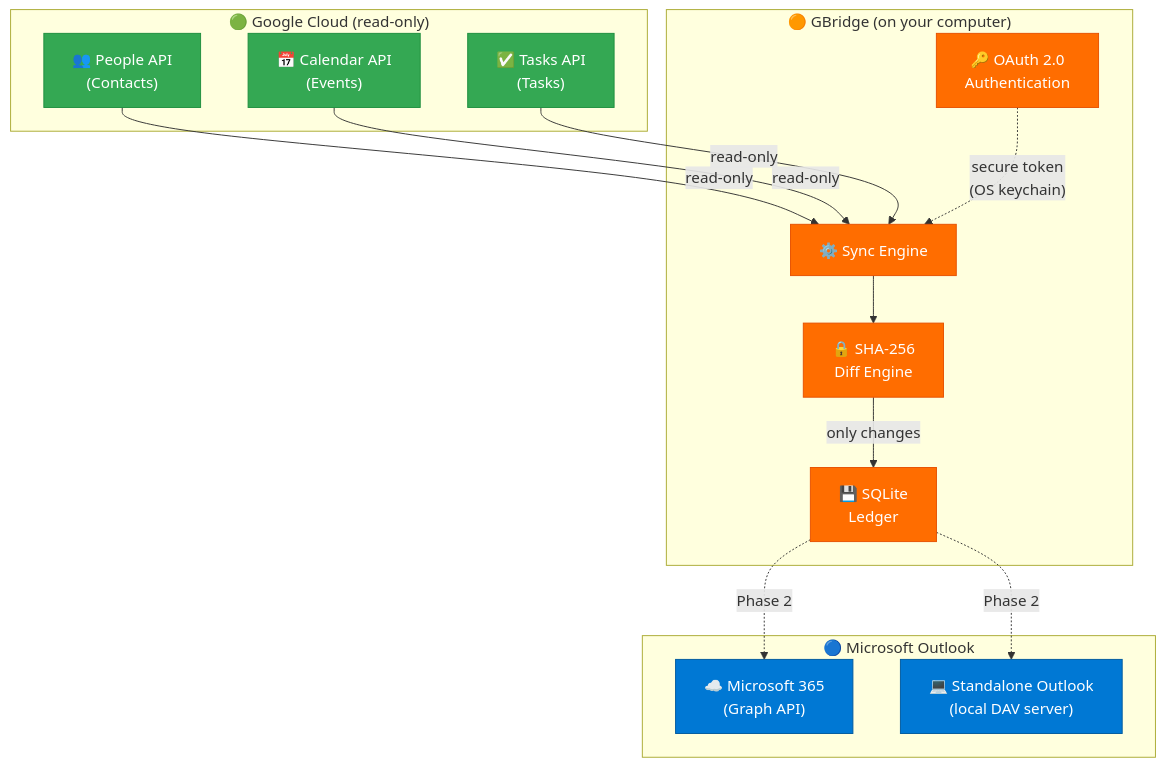
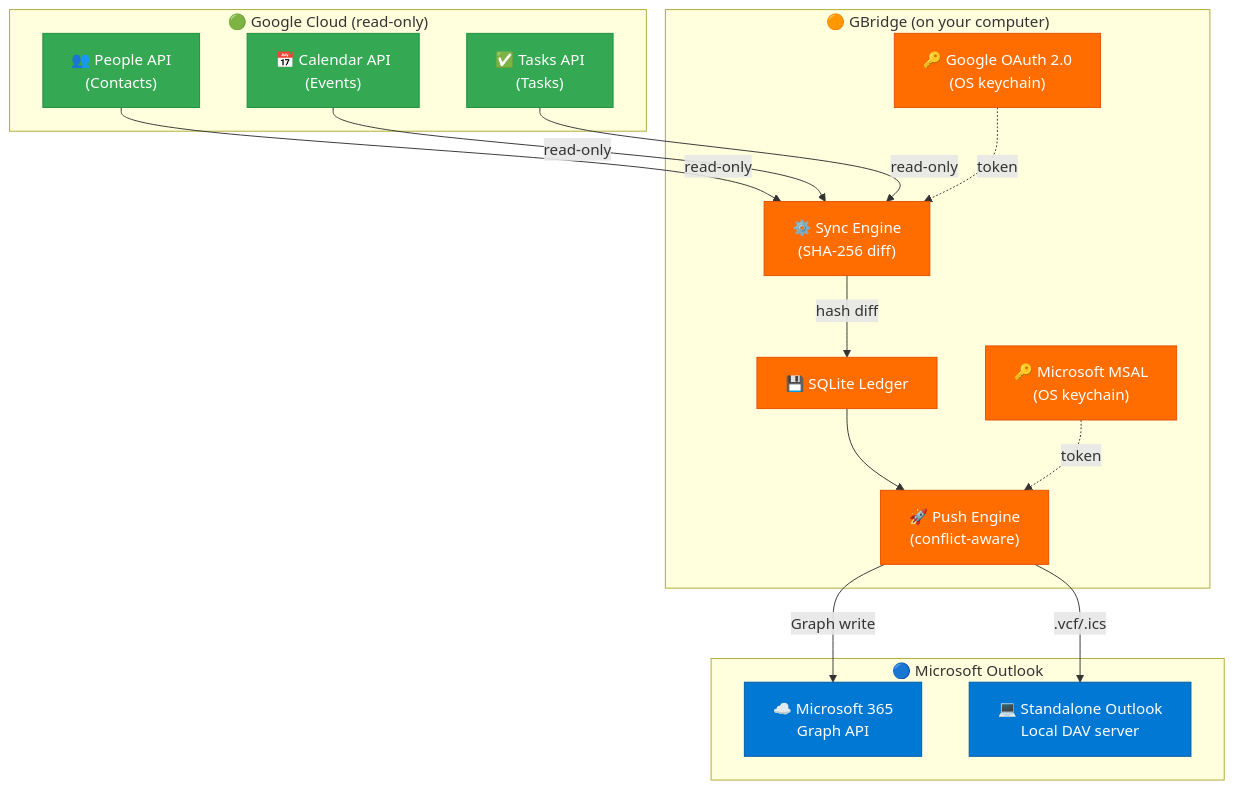
One commit to amitrintzler/GBridge changed the third of 4 diagrams in README.md. Above: the diagram before and after it, drawn with Mermaid. The commit also changed other lines of this file, not shown here.

````diff
--- a/README.md
+++ b/README.md
@@ -214,39 +179,42 @@
 ```mermaid
 graph TD
     subgraph "🟢 Google Cloud (read-only)"
         P["👥 People API\n(Contacts)"]
         C["📅 Calendar API\n(Events)"]
         T["✅ Tasks API\n(Tasks)"]
     end
 
     subgraph "🟠 GBridge (on your computer)"
-        A["🔑 OAuth 2.0\nAuthentication"]
-        E["⚙️ Sync Engine"]
-        H["🔒 SHA-256\nDiff Engine"]
-        L["💾 SQLite\nLedger"]
+        GA["🔑 Google OAuth 2.0\n(OS keychain)"]
+        E["⚙️ Sync Engine\n(SHA-256 diff)"]
+        L["💾 SQLite Ledger"]
+        PU["🚀 Push Engine\n(conflict-aware)"]
+        MA["🔑 Microsoft MSAL\n(OS keychain)"]
     end
 
     subgraph "🔵 Microsoft Outlook"
-        M365["☁️ Microsoft 365\n(Graph API)"]
-        OL["💻 Standalone Outlook\n(local DAV server)"]
+        M365["☁️ Microsoft 365\nGraph API"]
+        OL["💻 Standalone Outlook\nLocal DAV server"]
     end
 
     P -->|"read-only"| E
     C -->|"read-only"| E
     T -->|"read-only"| E
-    A -.->|"secure token\n(OS keychain)"| E
-    E --> H
-    H -->|"only changes"| L
-    L -.->|"Phase 2"| M365
-    L -.->|"Phase 2"| OL
+    GA -.->|"token"| E
+    E -->|"hash diff"| L
+    L --> PU
+    MA -.->|"token"| PU
+    PU -->|"Graph write"| M365
+    PU -->|".vcf/.ics"| OL
 
     style P fill:#34a853,stroke:#1e8e3e,color:#fff
     style C fill:#34a853,stroke:#1e8e3e,color:#fff
     style T fill:#34a853,stroke:#1e8e3e,color:#fff
-    style A fill:#ff6d00,stroke:#e65100,color:#fff
+    style GA fill:#ff6d00,stroke:#e65100,color:#fff
     style E fill:#ff6d00,stroke:#e65100,color:#fff
-    style H fill:#ff6d00,stroke:#e65100,color:#fff
     style L fill:#ff6d00,stroke:#e65100,color:#fff
+    style PU fill:#ff6d00,stroke:#e65100,color:#fff
+    style MA fill:#ff6d00,stroke:#e65100,color:#fff
     style M365 fill:#0078d4,stroke:#005a9e,color:#fff
     style OL fill:#0078d4,stroke:#005a9e,color:#fff
 ```
````
